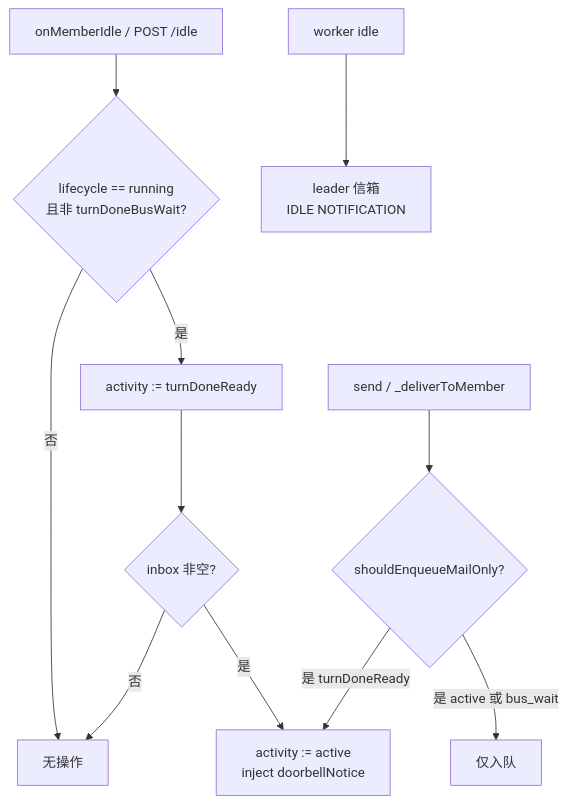
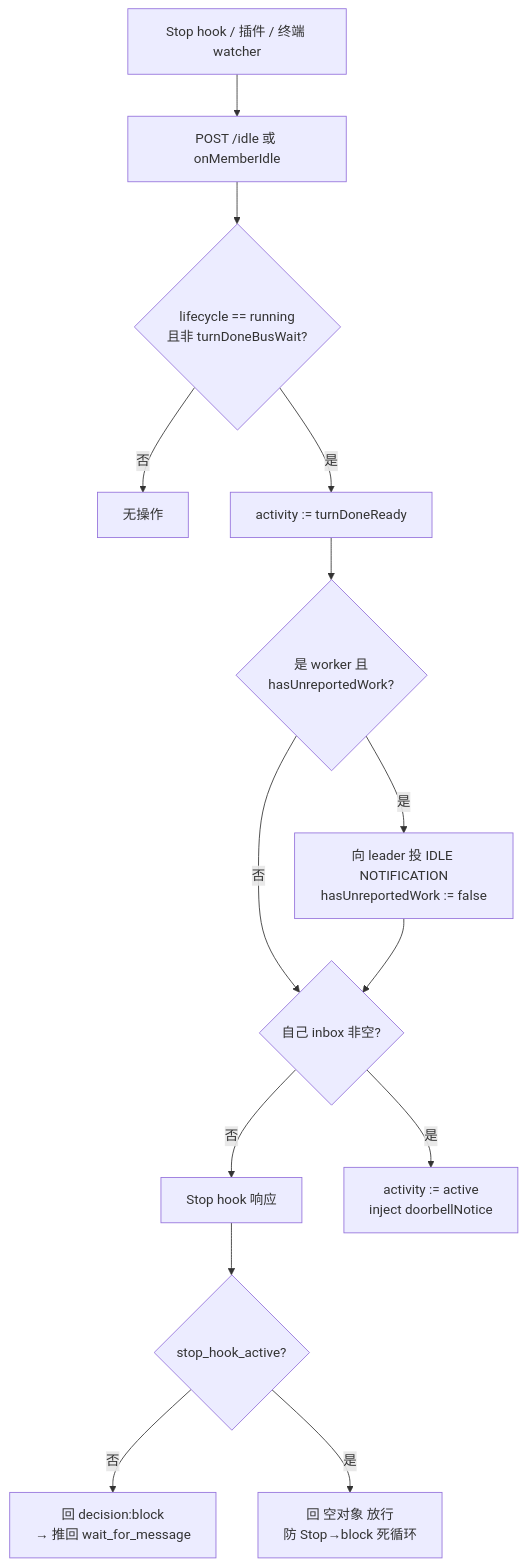
Before and after one commit to hhoao/teampilot: the fourth of 4 diagrams in docs/TEAM_BUS_MEMBER_STATE.md, drawn with Mermaid. The commit also changed other lines of this file and 1 other file, not shown here.

First line of the commit message:
docs(team-bus): rewrite member-state model for isolation + Stop redirect

````diff
--- a/docs/TEAM_BUS_MEMBER_STATE.md
+++ b/docs/TEAM_BUS_MEMBER_STATE.md
@@ -69,13 +87,16 @@
 ```mermaid
 flowchart TD
-  A[onMemberIdle / POST /idle] --> B{lifecycle == running\n且非 turnDoneBusWait?}
-  B -->|否| Z[无操作]
-  B -->|是| C[activity := turnDoneReady]
-  C --> D{inbox 非空?}
-  D -->|否| Z
-  D -->|是| E[activity := active\ninject doorbellNotice]
-  F[send / _deliverToMember] --> G{shouldEnqueueMailOnly?}
-  G -->|是 active 或 bus_wait| H[仅入队]
-  G -->|是 turnDoneReady| E
-  I[worker idle] --> J[leader 信箱\nIDLE NOTIFICATION]
+  A[Stop hook / 插件 / 终端 watcher] --> B[POST /idle 或 onMemberIdle]
+  B --> C{lifecycle == running\n且非 turnDoneBusWait?}
+  C -->|否| Z[无操作]
+  C -->|是| D[activity := turnDoneReady]
+  D --> E{是 worker 且\nhasUnreportedWork?}
+  E -->|是| F[向 leader 投 IDLE NOTIFICATION\nhasUnreportedWork := false]
+  E -->|否| G
+  F --> G{自己 inbox 非空?}
+  G -->|否| H
+  G -->|是| I[activity := active\ninject doorbellNotice]
+  H[Stop hook 响应] --> J{stop_hook_active?}
+  J -->|否| K[回 decision:block\n→ 推回 wait_for_message]
+  J -->|是| L[回 空对象 放行\n防 Stop→block 死循环]
 ```
````
